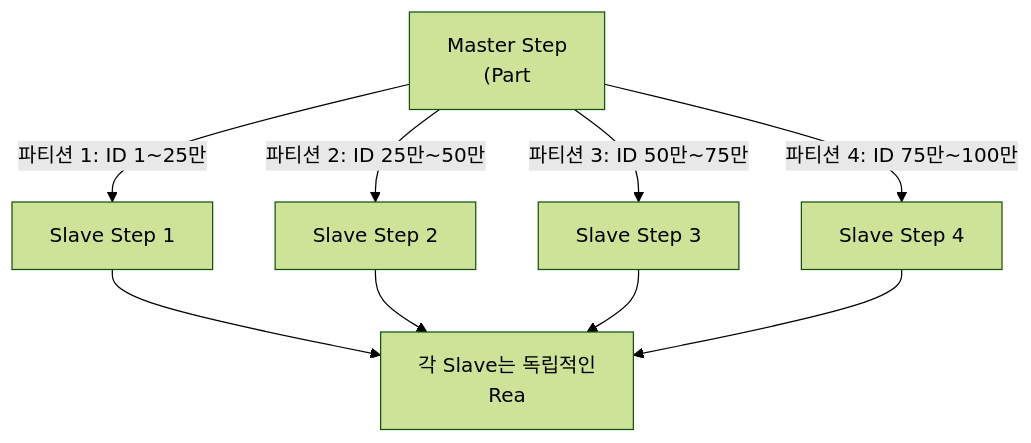
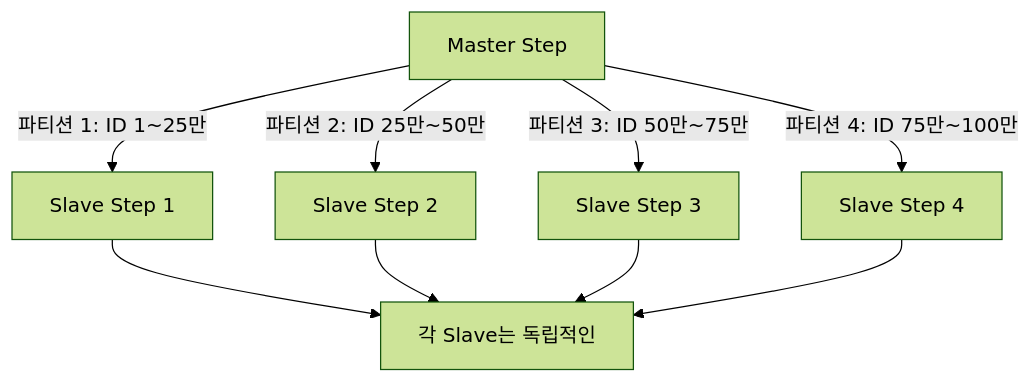
The third of 6 diagrams in _posts/batch/2026-05-03-spring-batch-partitioning.md (yjkim2015/yjkim2015.github.io), drawn with Mermaid (forest theme) before and after one commit. The commit also changed other lines of this file and 217 other files, not shown here.

First line of the commit message:
Mermaid 크기 수정: useMaxWidth:true + SVG max-width:100% + 라벨 축소

````diff
--- a/_posts/batch/2026-05-03-spring-batch-partitioning.md
+++ b/_posts/batch/2026-05-03-spring-batch-partitioning.md
@@ -176,11 +176,11 @@
 ```mermaid
 flowchart TD
-    A["Master Step\n(Part"] -->|"파티션 1: ID 1~25만"| B["Slave Step 1"]
+    A["Master Step"] -->|"파티션 1: ID 1~25만"| B["Slave Step 1"]
     A -->|"파티션 2: ID 25만~50만"| C["Slave Step 2"]
     A -->|"파티션 3: ID 50만~75만"| D["Slave Step 3"]
     A -->|"파티션 4: ID 75만~100만"| E["Slave Step 4"]
-    B --> F["각 Slave는 독립적인\nRea"]
+    B --> F["각 Slave는 독립적인"]
     C --> F
     D --> F
     E --> F
 ```
````
